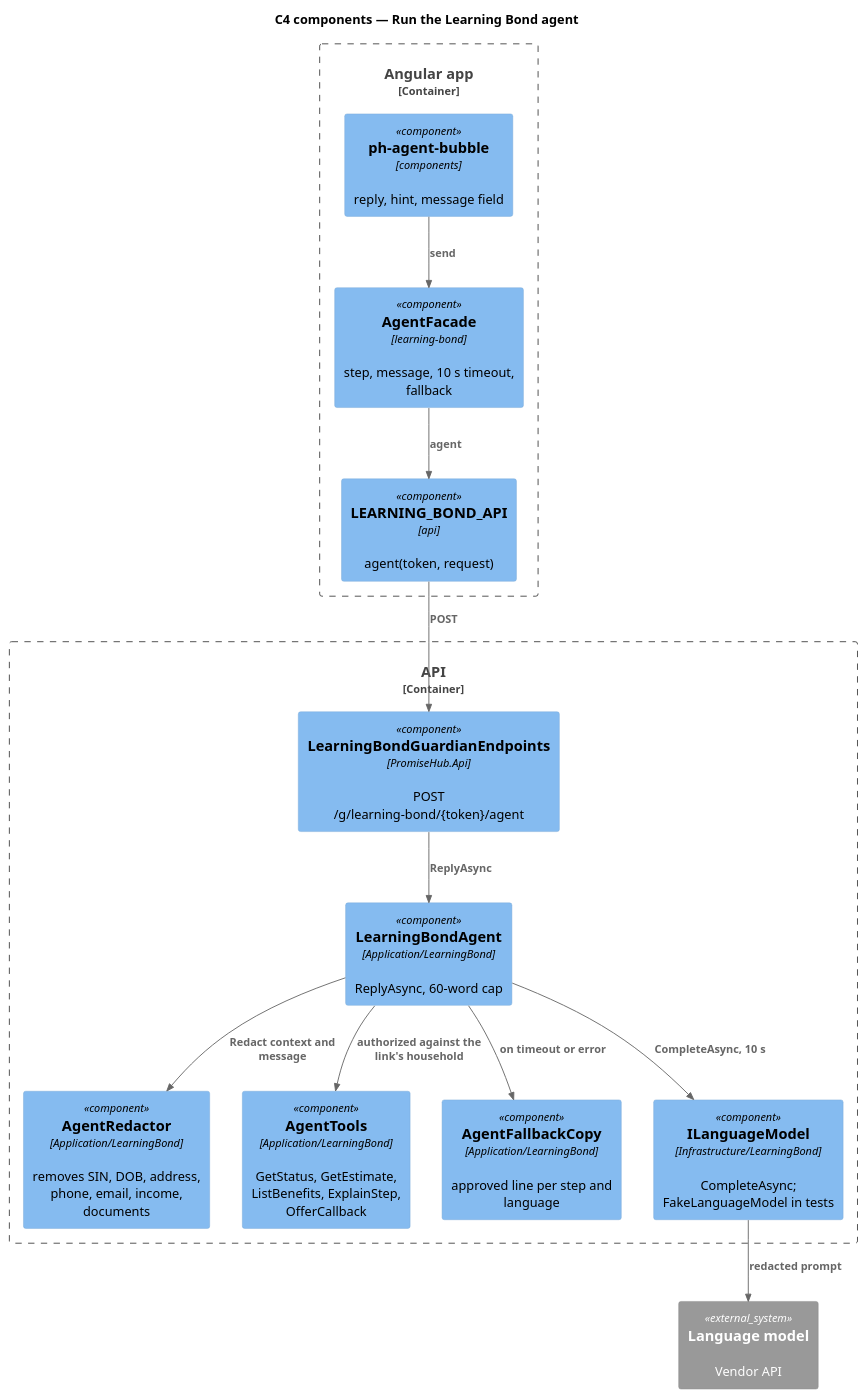
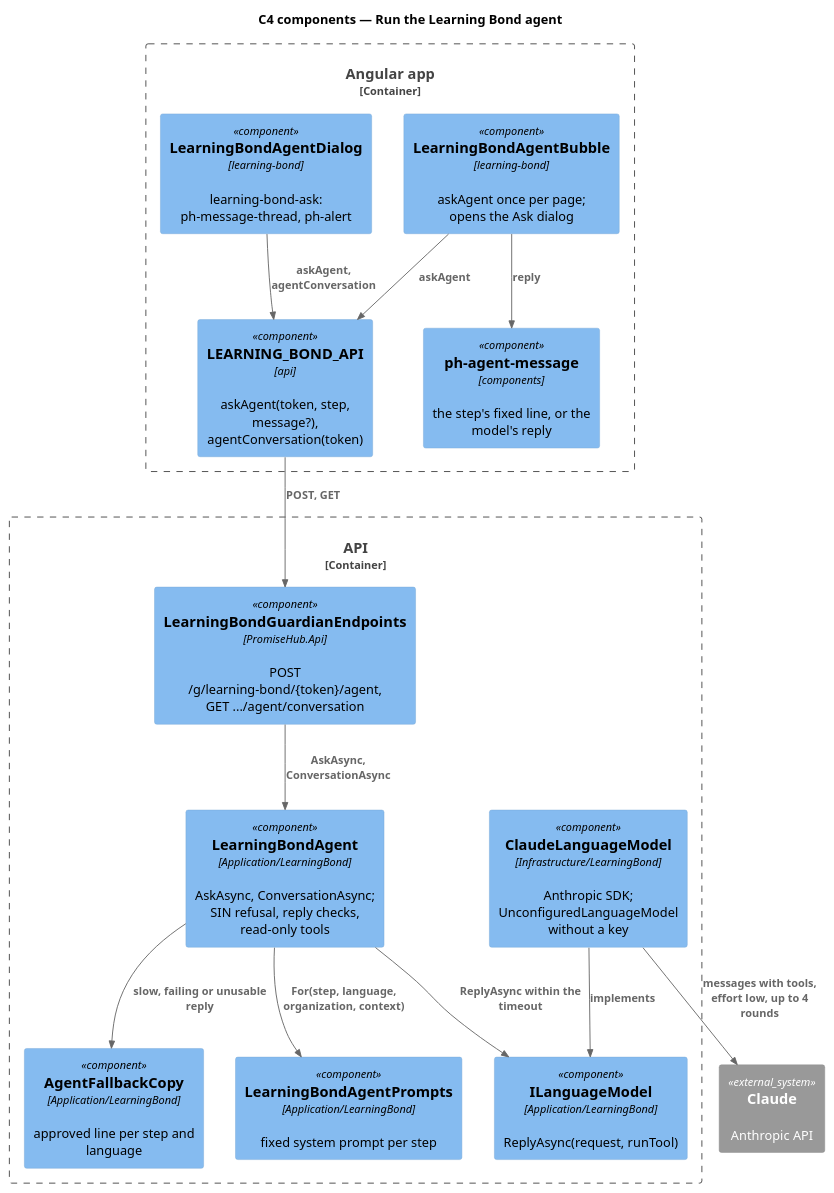
The diagram in docs/detailed-designs/learning-bond/run-learning-bond-agent/diagrams/c4-component.puml (QuinntyneBrown/promise-hub), drawn with PlantUML before and after one commit. The commit also changed 93 other files, not shown here.

First line of the commit message:
Align the agent docs with what was built (prompt 92)

```diff
--- a/docs/detailed-designs/learning-bond/run-learning-bond-agent/diagrams/c4-component.puml
+++ b/docs/detailed-designs/learning-bond/run-learning-bond-agent/diagrams/c4-component.puml
@@ -1,27 +1,29 @@
 @startuml
 !include <C4/C4_Component>
 title C4 components — Run the Learning Bond agent
 Container_Boundary(web, "Angular app") {
-  Component(bubble, "ph-agent-bubble", "components", "reply, hint, message field")
-  Component(facade, "AgentFacade", "learning-bond", "step, message, 10 s timeout, fallback")
-  Component(client, "LEARNING_BOND_API", "api", "agent(token, request)")
+  Component(bubble, "ph-agent-message", "components", "the step's fixed line, or the model's reply")
+  Component(glue, "LearningBondAgentBubble", "learning-bond", "askAgent once per page; opens the Ask dialog")
+  Component(dialog, "LearningBondAgentDialog", "learning-bond", "learning-bond-ask: ph-message-thread, ph-alert")
+  Component(client, "LEARNING_BOND_API", "api", "askAgent(token, step, message?), agentConversation(token)")
 }
 Container_Boundary(api, "API") {
-  Component(ep, "LearningBondGuardianEndpoints", "PromiseHub.Api", "POST /g/learning-bond/{token}/agent")
-  Component(agent, "LearningBondAgent", "Application/LearningBond", "ReplyAsync, 60-word cap")
-  Component(redactor, "AgentRedactor", "Application/LearningBond", "removes SIN, DOB, address, phone, email, income, documents")
-  Component(tools, "AgentTools", "Application/LearningBond", "GetStatus, GetEstimate, ListBenefits, ExplainStep, OfferCallback")
+  Component(ep, "LearningBondGuardianEndpoints", "PromiseHub.Api", "POST /g/learning-bond/{token}/agent, GET .../agent/conversation")
+  Component(agent, "LearningBondAgent", "Application/LearningBond", "AskAsync, ConversationAsync; SIN refusal, reply checks, read-only tools")
+  Component(prompts, "LearningBondAgentPrompts", "Application/LearningBond", "fixed system prompt per step")
   Component(fallback, "AgentFallbackCopy", "Application/LearningBond", "approved line per step and language")
-  Component(llm, "ILanguageModel", "Infrastructure/LearningBond", "CompleteAsync; FakeLanguageModel in tests")
+  Component(llm, "ILanguageModel", "Application/LearningBond", "ReplyAsync(request, runTool)")
+  Component(claude, "ClaudeLanguageModel", "Infrastructure/LearningBond", "Anthropic SDK; UnconfiguredLanguageModel without a key")
 }
-System_Ext(vendor, "Language model", "Vendor API")
-Rel(bubble, facade, "send")
-Rel(facade, client, "agent")
-Rel(client, ep, "POST")
-Rel(ep, agent, "ReplyAsync")
-Rel(agent, redactor, "Redact context and message")
-Rel(agent, llm, "CompleteAsync, 10 s")
-Rel(agent, tools, "authorized against the link's household")
-Rel(agent, fallback, "on timeout or error")
-Rel(llm, vendor, "redacted prompt")
+System_Ext(vendor, "Claude", "Anthropic API")
+Rel(glue, bubble, "reply")
+Rel(glue, client, "askAgent")
+Rel(dialog, client, "askAgent, agentConversation")
+Rel(client, ep, "POST, GET")
+Rel(ep, agent, "AskAsync, ConversationAsync")
+Rel(agent, prompts, "For(step, language, organization, context)")
+Rel(agent, llm, "ReplyAsync within the timeout")
+Rel(agent, fallback, "slow, failing or unusable reply")
+Rel(claude, llm, "implements")
+Rel(claude, vendor, "messages with tools, effort low, up to 4 rounds")
 @enduml
```
